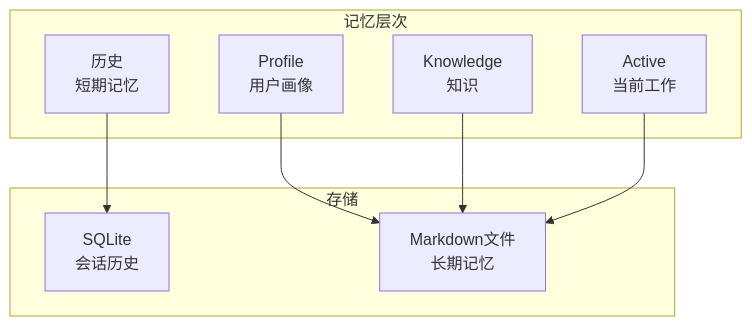
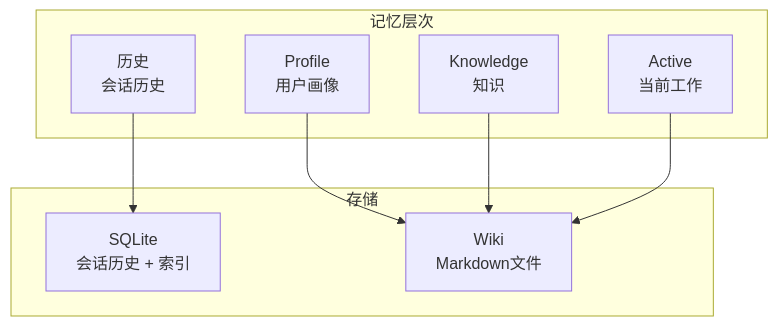
One commit to yeheng/nanobot-rs changed the ninth of 20 diagrams in docs/architecture.md. Above: the diagram before and after it, drawn with Mermaid. The commit also changed other lines of this file and 41 other files, not shown here.

````diff
--- a/docs/architecture.md
+++ b/docs/architecture.md
@@ -312,19 +312,19 @@
 ```mermaid
 flowchart TB
     subgraph 记忆层次
-        H[历史<br/>短期记忆]
+        H[历史<br/>会话历史]
         P[Profile<br/>用户画像]
         K[Knowledge<br/>知识]
         A[Active<br/>当前工作]
     end
 
     subgraph 存储
-        S1[SQLite<br/>会话历史]
-        S2[Markdown文件<br/>长期记忆]
+        S1[SQLite<br/>会话历史 + 索引]
+        S2[Wiki<br/>Markdown文件]
     end
 
     H --> S1
     P --> S2
     K --> S2
     A --> S2
 ```
````
